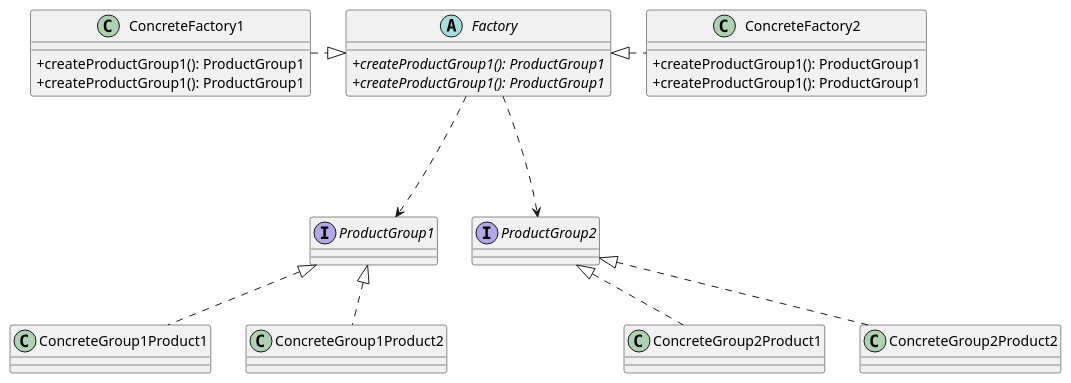
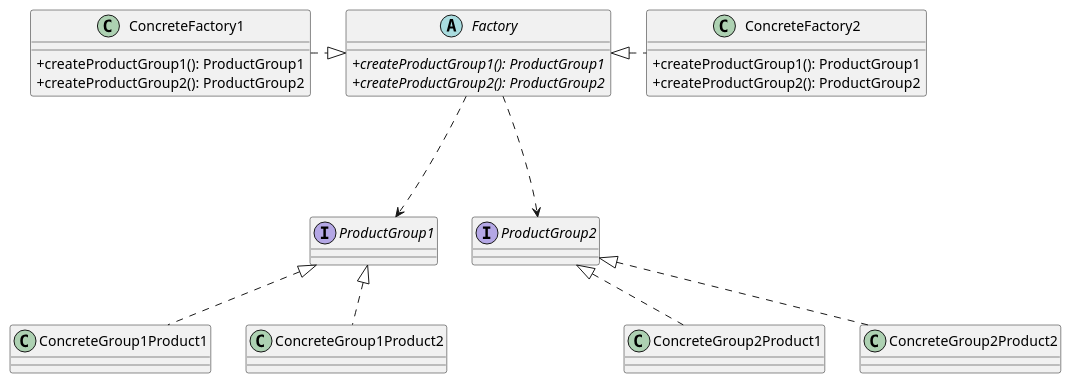
One commit to awamwang/develop-knowledge-graphic changed the diagram in docs/编程基础/设计模式/01创建型/04抽象工厂.pu. Above: the diagram before and after it, drawn with PlantUML. The commit also changed 28 other files, not shown here.

```diff
--- a/docs/编程基础/设计模式/01创建型/04抽象工厂.pu
+++ b/docs/编程基础/设计模式/01创建型/04抽象工厂.pu
@@ -1,43 +1,48 @@
 @startuml 抽象工厂
 skinparam classAttributeIconSize 0
 
 together {
   abstract class Factory {
     +{abstract} createProductGroup1(): ProductGroup1
-    +{abstract} createProductGroup1(): ProductGroup1
+    +{abstract} createProductGroup2(): ProductGroup2
   }
   class ConcreteFactory1 {
     +createProductGroup1(): ProductGroup1
-    +createProductGroup1(): ProductGroup1
+    +createProductGroup2(): ProductGroup2
   }
   class ConcreteFactory2 {
     +createProductGroup1(): ProductGroup1
-    +createProductGroup1(): ProductGroup1
+    +createProductGroup2(): ProductGroup2
   }
 }
 together {
   together {
     interface ProductGroup1 {}
     class ConcreteGroup1Product1 {}
     class ConcreteGroup1Product2 {}
   }
 
   together {
     interface ProductGroup2 {}
     class ConcreteGroup1Product1 {}
     class ConcreteGroup1Product2 {}
   }
 }
 
 ConcreteFactory1 .|> Factory
 Factory <|. ConcreteFactory2
-ProductGroup1 <|.. ConcreteGroup1Product1
-ProductGroup1 <|.. ConcreteGroup1Product2
-ProductGroup2 <|.. ConcreteGroup2Product1
-ProductGroup2 <|.. ConcreteGroup2Product2
 Factory -[hidden]--> ProductGroup1
 Factory -[hidden]--> ProductGroup2
 ProductGroup1 -[hidden]> ProductGroup2
 Factory ..> ProductGroup1
 Factory ..> ProductGroup2
+ProductGroup1 <|.. ConcreteGroup1Product1
+' ConcreteFactory1 ..> ConcreteGroup1Product1
+ProductGroup1 <|.. ConcreteGroup1Product2
+' ConcreteFactory1 ..> ConcreteGroup2Product1
+ProductGroup2 <|.. ConcreteGroup2Product1
+' ConcreteFactory2 ..> ConcreteGroup1Product2
+ProductGroup2 <|.. ConcreteGroup2Product2
+' ConcreteFactory2 ..> ConcreteGroup2Product2
+
 @enduml
```
